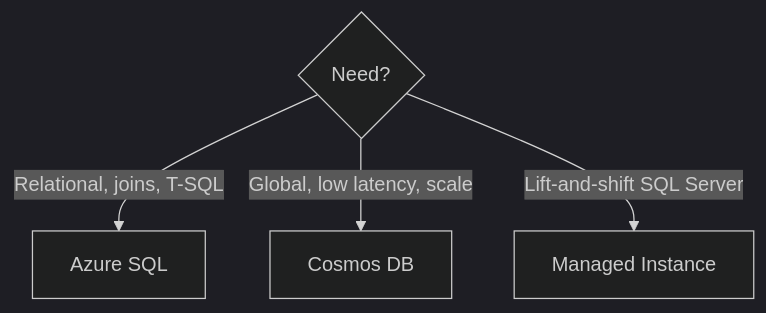
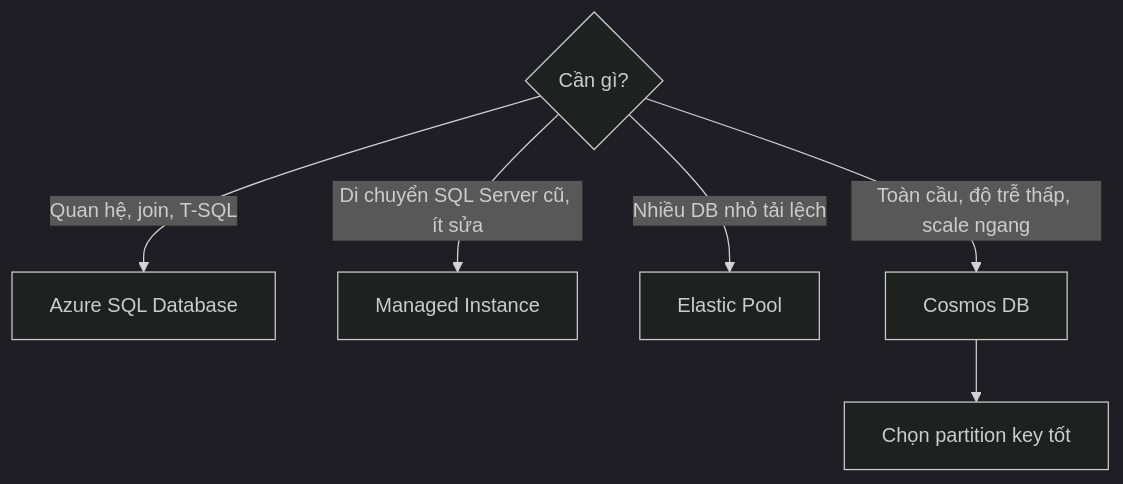
Before and after one commit to passion-Infinity/personal-tech-playbook: the diagram in src/assets/knowledge/playbooks/azure/azure-databases-cosmos-sql.md, drawn with Mermaid (dark theme). The commit also changed other lines of this file and 6 other files, not shown here.

First line of the commit message:
Deep-dive rewrite: Azure SQL/Cosmos, messaging, DevOps/Bicep, data platform, security, hybrid

````diff
--- a/src/assets/knowledge/playbooks/azure/azure-databases-cosmos-sql.md
+++ b/src/assets/knowledge/playbooks/azure/azure-databases-cosmos-sql.md
@@ -16,6 +30,8 @@
 ```mermaid
 flowchart TD
-    N{Need?} -->|"Relational, joins, T-SQL"| SQL["Azure SQL"]
-    N -->|"Global, low latency, scale"| COS["Cosmos DB"]
-    N -->|"Lift-and-shift SQL Server"| MI["Managed Instance"]
+    N{Cần gì?} -->|"Quan hệ, join, T-SQL"| SQL["Azure SQL Database"]
+    N -->|"Di chuyển SQL Server cũ, ít sửa"| MI["Managed Instance"]
+    N -->|"Nhiều DB nhỏ tải lệch"| EP["Elastic Pool"]
+    N -->|"Toàn cầu, độ trễ thấp, scale ngang"| COS["Cosmos DB"]
+    COS --> PK["Chọn partition key tốt"]
 ```
````
